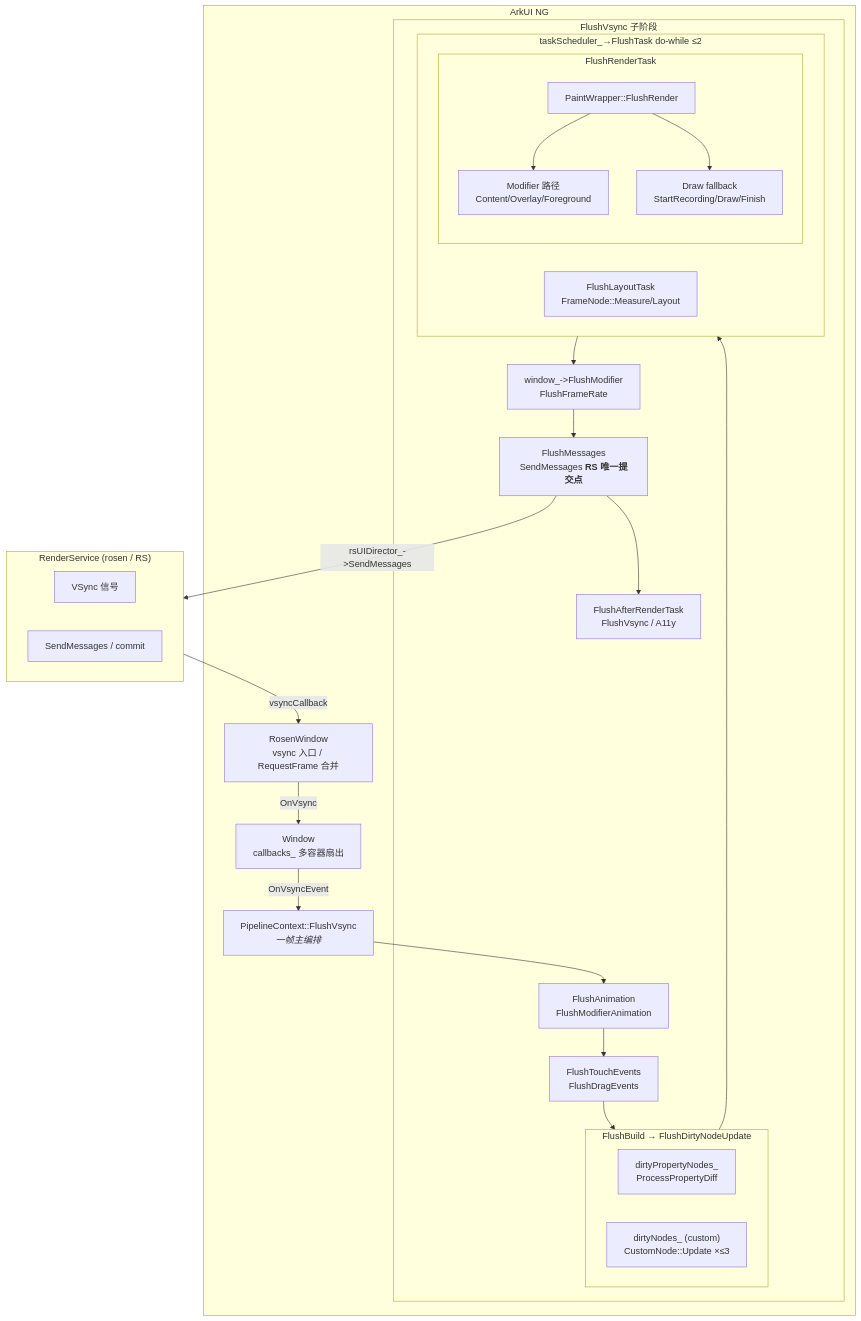
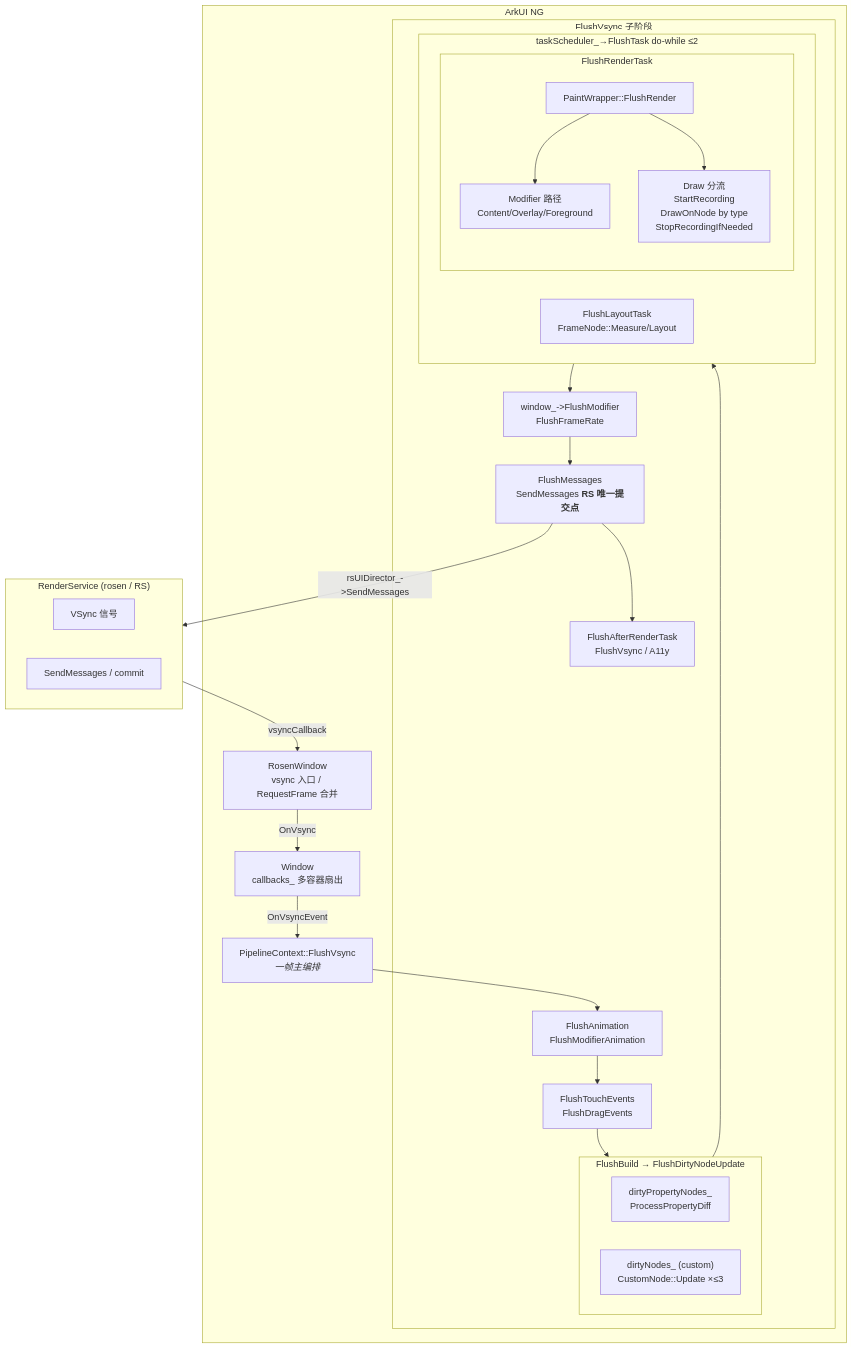
Before and after one commit to cleeshark/arkui_specs: the first of 3 diagrams in 03-engine-framework/01-render-pipeline/01-basic-render-pipeline/design.md, drawn with Mermaid. The commit also changed other lines of this file and 4 other files, not shown here.

````diff
--- a/03-engine-framework/01-render-pipeline/01-basic-render-pipeline/design.md
+++ b/03-engine-framework/01-render-pipeline/01-basic-render-pipeline/design.md
@@ -149,48 +170,48 @@
 ```mermaid
 graph TB
     subgraph RS["RenderService (rosen / RS)"]
         direction LR
         VS_IN["VSync 信号"]
         SM_OUT["SendMessages / commit"]
     end
 
     subgraph NG["ArkUI NG"]
         RW["RosenWindow<br/>vsync 入口 / RequestFrame 合并"]
         W["Window<br/>callbacks_ 多容器扇出"]
         PC["PipelineContext::FlushVsync<br/><i>一帧主编排</i>"]
 
         subgraph Flush["FlushVsync 子阶段"]
             F1["FlushAnimation<br/>FlushModifierAnimation"]
             F2["FlushTouchEvents<br/>FlushDragEvents"]
 
             subgraph Build["FlushBuild → FlushDirtyNodeUpdate"]
                 B1["dirtyPropertyNodes_<br/>ProcessPropertyDiff"]
                 B2["dirtyNodes_ (custom)<br/>CustomNode::Update ×≤3"]
             end
 
             subgraph TaskSched["taskScheduler_→FlushTask do-while ≤2"]
                 LT["FlushLayoutTask<br/>FrameNode::Measure/Layout"]
                 subgraph Render["FlushRenderTask"]
                     RT["PaintWrapper::FlushRender"]
                     MOD["Modifier 路径<br/>Content/Overlay/Foreground"]
-                    DRAW["Draw fallback<br/>StartRecording/Draw/Finish"]
+                    DRAW["Draw 分流<br/>StartRecording<br/>DrawOnNode by type<br/>StopRecordingIfNeeded"]
                 end
             end
 
             FM["window_->FlushModifier<br/>FlushFrameRate"]
             FMSG["FlushMessages<br/>SendMessages <b>RS 唯一提交点</b>"]
             FEND["FlushAfterRenderTask<br/>FlushVsync / A11y"]
         end
     end
 
     VS_IN -->|"vsyncCallback"| RW
     RW -->|"OnVsync"| W
     W -->|"OnVsyncEvent"| PC
     PC --> F1 --> F2 --> Build
     Build --> TaskSched
     TaskSched --> FM --> FMSG --> FEND
     FMSG -->|"rsUIDirector_->SendMessages"| SM_OUT
 
     RT --> MOD
     RT --> DRAW
 ```
````
